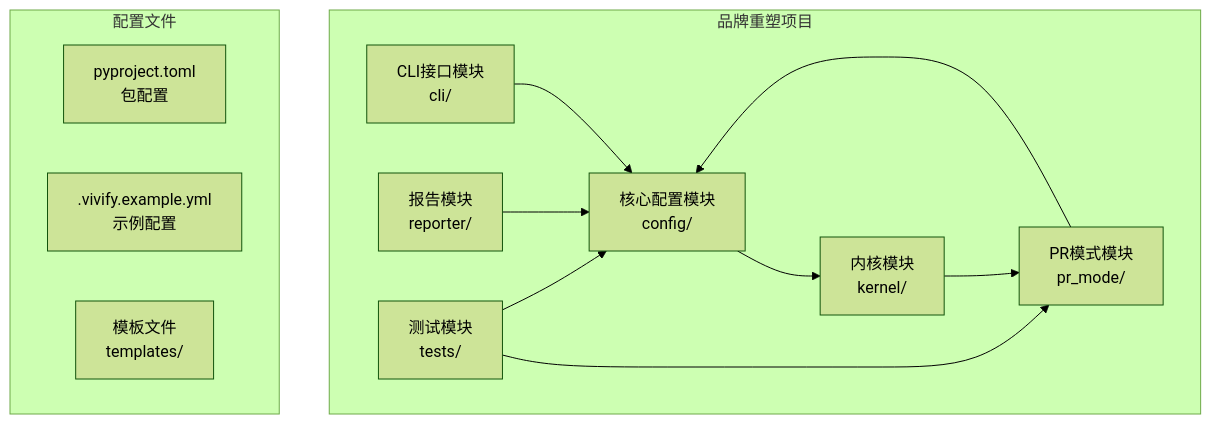
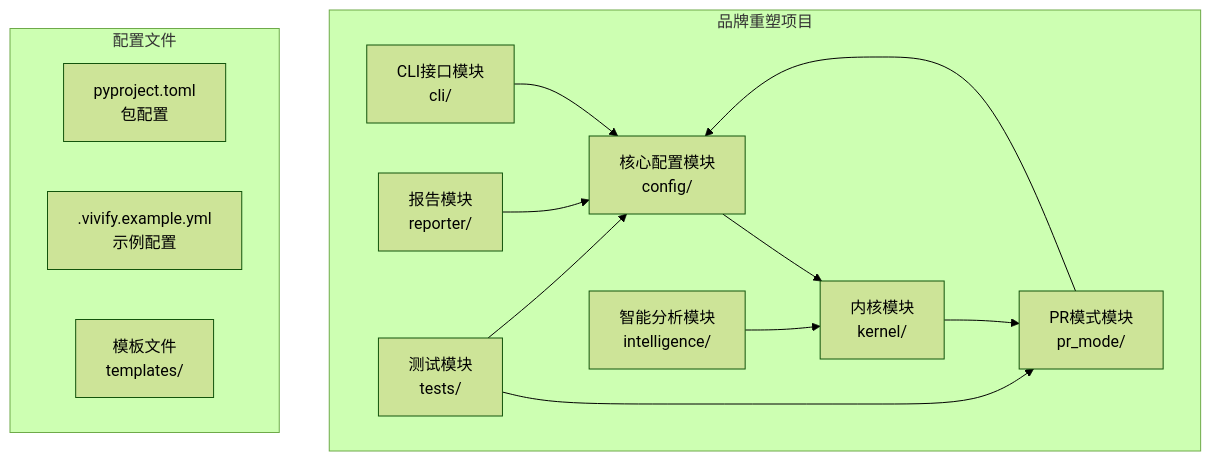
Before and after one commit to pinsonchen/vivify: the first of 8 diagrams in .qoder/repowiki/zh/content/技术实现参考/代码替换策略/PR创建和工作树管理.md, drawn with Mermaid (forest theme). The commit also changed other lines of this file and 9 other files, not shown here.

````diff
--- a/.qoder/repowiki/zh/content/技术实现参考/代码替换策略/PR创建和工作树管理.md
+++ b/.qoder/repowiki/zh/content/技术实现参考/代码替换策略/PR创建和工作树管理.md
@@ -50,23 +57,25 @@
 ```mermaid
 graph TB
 subgraph "品牌重塑项目"
 A[核心配置模块<br/>config/]
 B[PR模式模块<br/>pr_mode/]
 C[CLI接口模块<br/>cli/]
 D[报告模块<br/>reporter/]
 E[测试模块<br/>tests/]
 F[内核模块<br/>kernel/]
+G[智能分析模块<br/>intelligence/]
 end
 subgraph "配置文件"
-G[pyproject.toml<br/>包配置]
-H[.vivify.example.yml<br/>示例配置]
-I[模板文件<br/>templates/]
+H[pyproject.toml<br/>包配置]
+I[.vivify.example.yml<br/>示例配置]
+J[模板文件<br/>templates/]
 end
 A --> F
 B --> A
 C --> A
 D --> A
 E --> B
 E --> A
 F --> B
+G --> F
 ```
````
